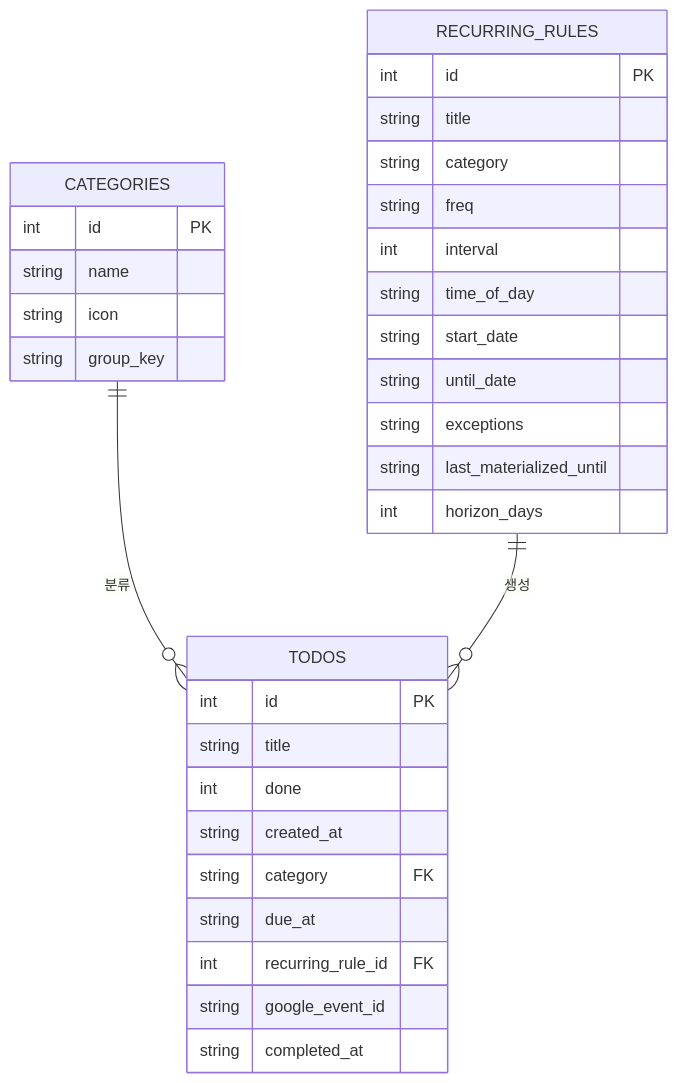
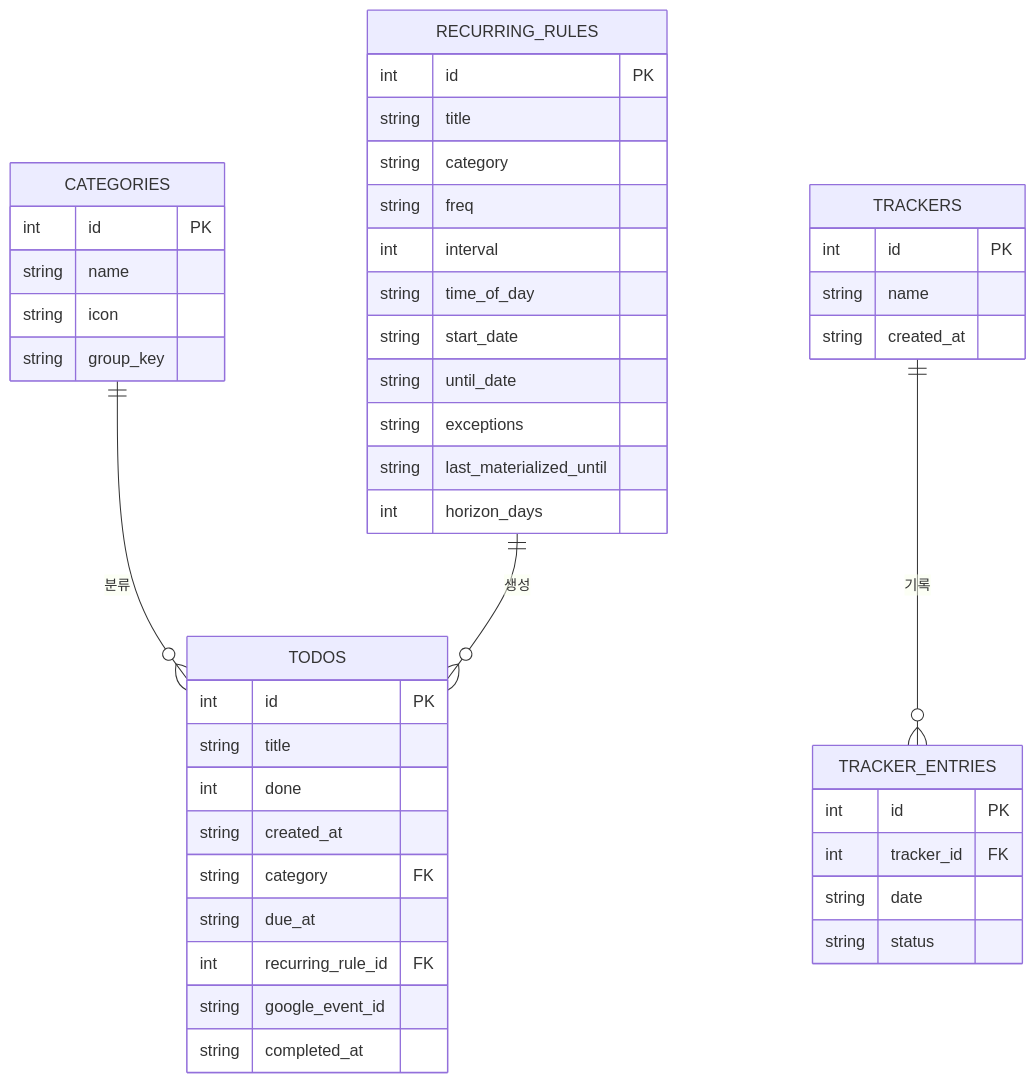
One commit to tigermorning/todo-app changed the diagram in PRD.md. Above: the diagram before and after it, drawn with Mermaid. The commit also changed other lines of this file and 7 other files, not shown here.

````diff
--- a/PRD.md
+++ b/PRD.md
@@ -87,35 +87,47 @@
 ```mermaid
 erDiagram
   CATEGORIES ||--o{ TODOS : "분류"
   RECURRING_RULES ||--o{ TODOS : "생성"
   TODOS {
     int id PK
     string title
     int done
     string created_at
     string category FK
     string due_at
     int recurring_rule_id FK
     string google_event_id
     string completed_at
   }
   CATEGORIES {
     int id PK
     string name
     string icon
     string group_key
   }
   RECURRING_RULES {
     int id PK
     string title
     string category
     string freq
     int interval
     string time_of_day
     string start_date
     string until_date
     string exceptions
     string last_materialized_until
     int horizon_days
   }
+  TRACKERS ||--o{ TRACKER_ENTRIES : "기록"
+  TRACKERS {
+    int id PK
+    string name
+    string created_at
+  }
+  TRACKER_ENTRIES {
+    int id PK
+    int tracker_id FK
+    string date
+    string status
+  }
 ```
````
